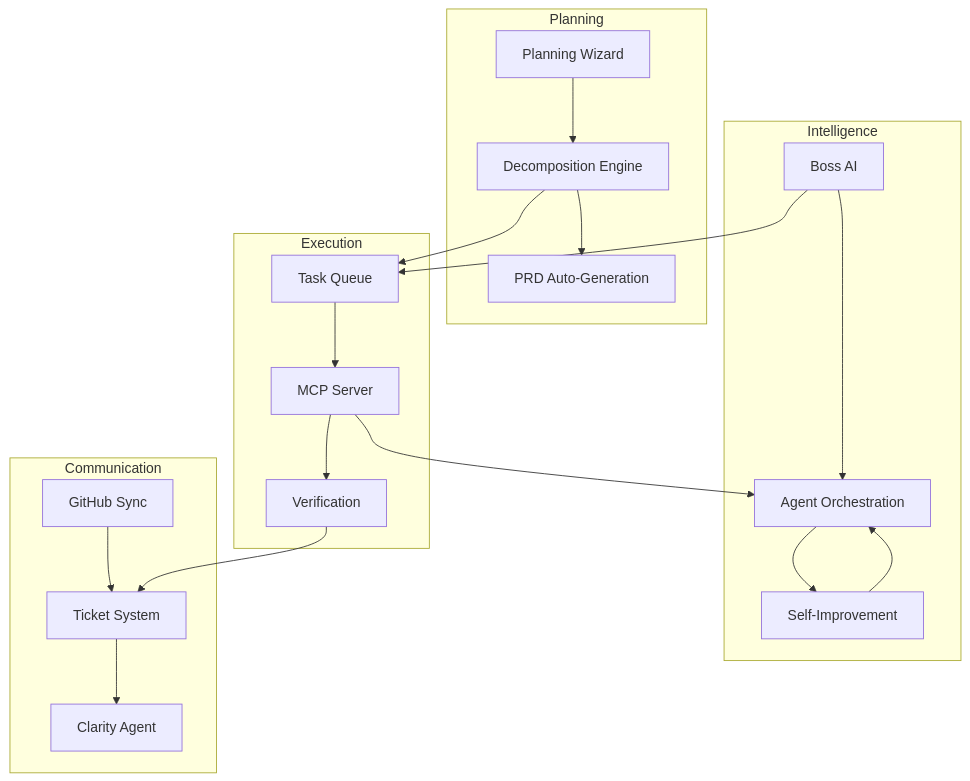
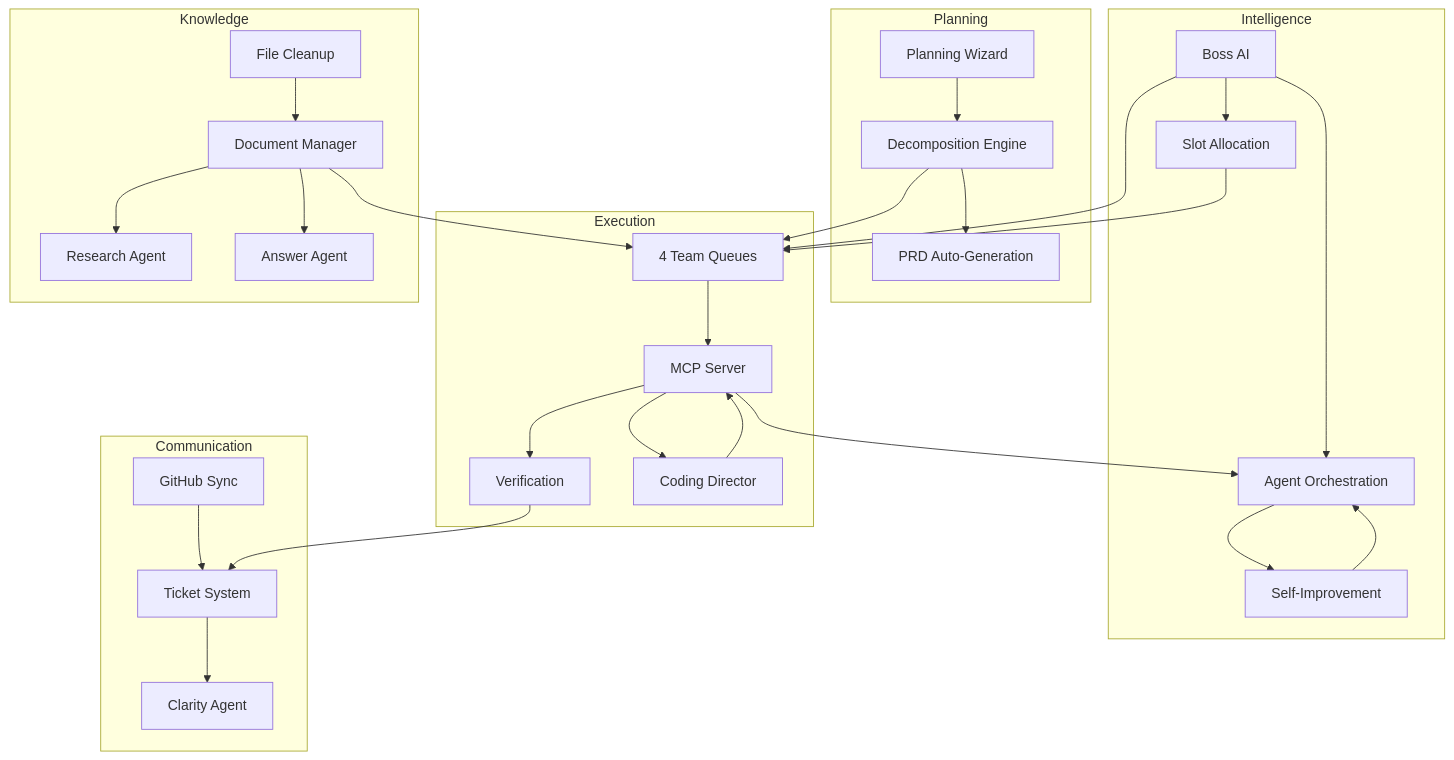
One commit to xXKillerNoobYT/Copilot-Orchestration-Extension-COE-Run-2 changed the diagram in True Plan/09-Features-and-Capabilities.md. Above: the diagram before and after it, drawn with Mermaid. The commit also changed other lines of this file and 26 other files, not shown here.

First line of the commit message:
feat: Implement team queue orchestration and document management features

````diff
--- a/True Plan/09-Features-and-Capabilities.md
+++ b/True Plan/09-Features-and-Capabilities.md
@@ -258,28 +307,39 @@
 ```mermaid
 flowchart TB
     subgraph "Planning"
         WIZARD[Planning Wizard] --> DECOMP[Decomposition Engine]
         DECOMP --> PRD[PRD Auto-Generation]
     end
 
     subgraph "Execution"
-        QUEUE[Task Queue] --> MCP[MCP Server]
+        QUEUE[4 Team Queues] --> MCP[MCP Server]
         MCP --> VERIFY[Verification]
+        MCP --> CODEDIR[Coding Director]
     end
 
     subgraph "Intelligence"
         BOSS[Boss AI] --> AGENTS[Agent Orchestration]
         AGENTS --> EVOLVE[Self-Improvement]
+        BOSS --> SLOTS[Slot Allocation]
     end
 
     subgraph "Communication"
         TICKETS[Ticket System] --> CLARITY[Clarity Agent]
         GITHUB[GitHub Sync] --> TICKETS
     end
 
+    subgraph "Knowledge"
+        DOCS[Document Manager] --> RESEARCH[Research Agent]
+        DOCS --> ANSWER[Answer Agent]
+        CLEANUP[File Cleanup] --> DOCS
+    end
+
     DECOMP --> QUEUE
     MCP --> AGENTS
     VERIFY --> TICKETS
     BOSS --> QUEUE
     EVOLVE --> AGENTS
+    SLOTS --> QUEUE
+    DOCS --> QUEUE
+    CODEDIR --> MCP
 ```
````
